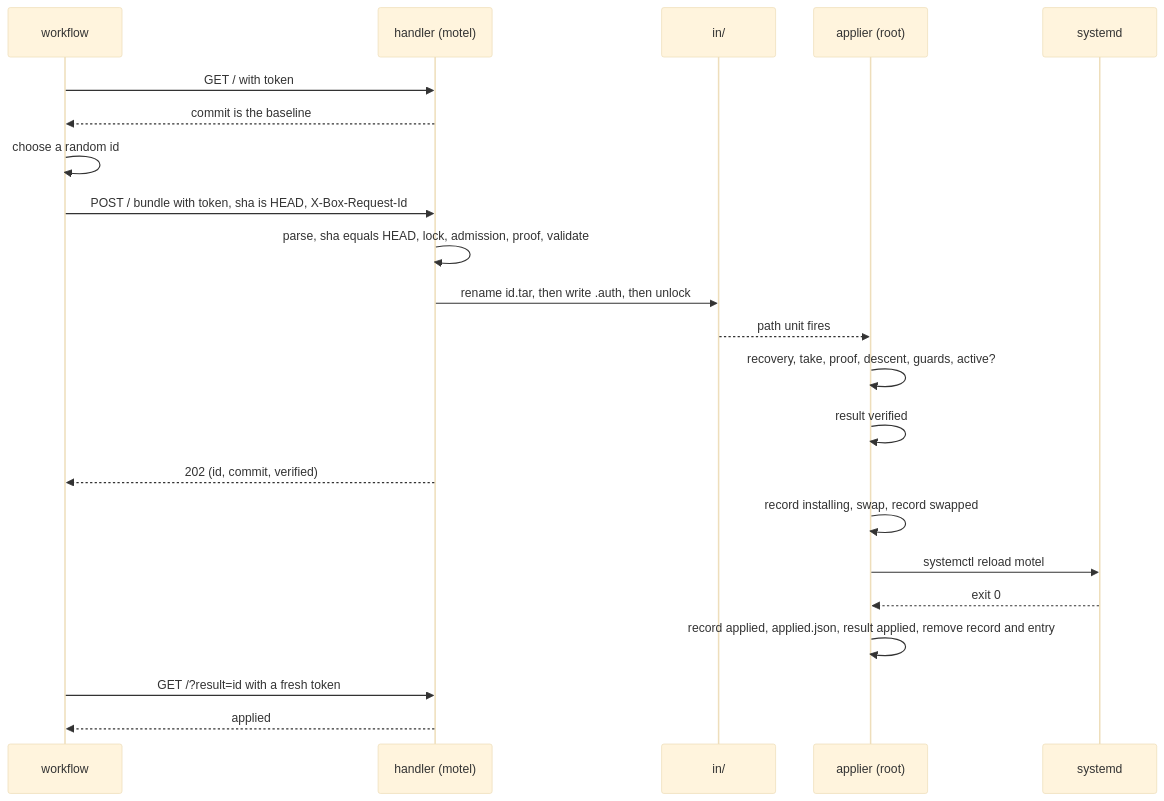
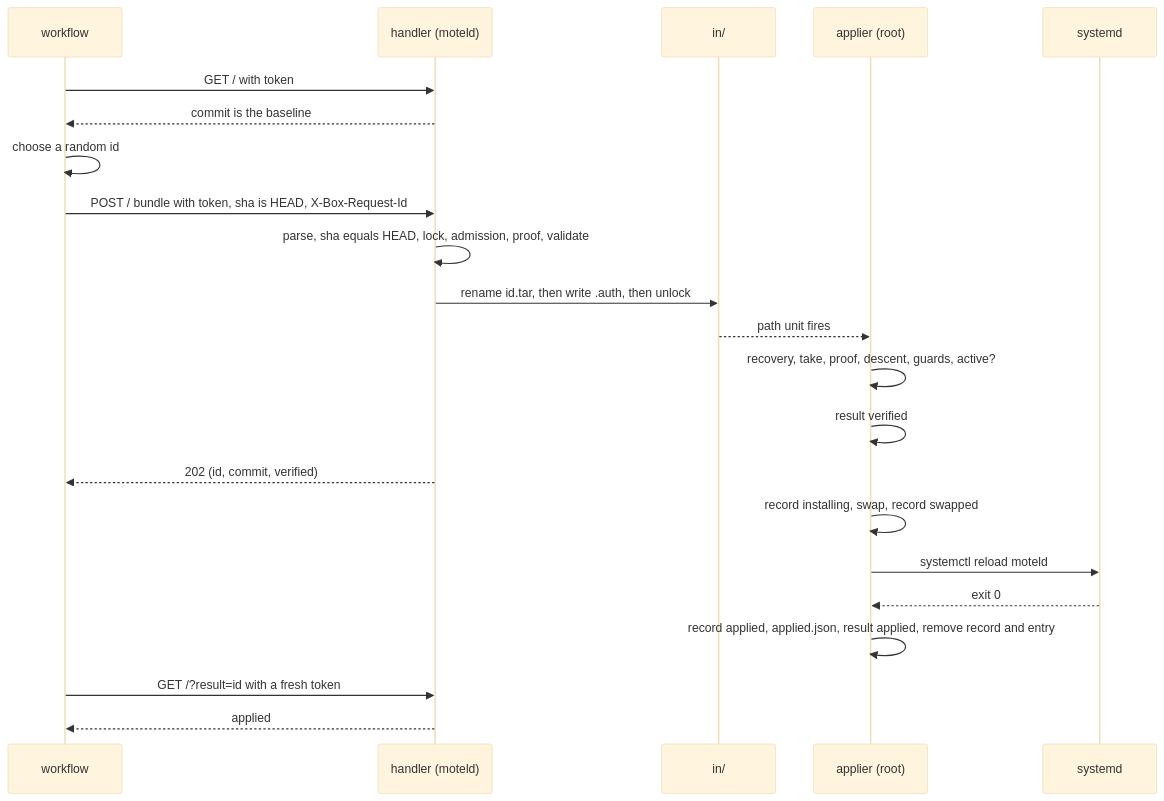
One commit to earthlingdavey/motel changed the second of 4 diagrams in box/DESIGN-box.md. Above: the diagram before and after it, drawn with Mermaid (base theme). The commit also changed other lines of this file and 272 other files, not shown here.

First line of the commit message:
refactor: the server daemon is moteld (binary, unit, package); motel stays the product (#559)

````diff
--- a/box/DESIGN-box.md
+++ b/box/DESIGN-box.md
@@ -2215,24 +2217,24 @@
 ```mermaid
 sequenceDiagram
     participant W as workflow
-    participant H as handler (motel)
+    participant H as handler (moteld)
     participant I as in/
     participant A as applier (root)
     participant S as systemd
     W->>H: GET / with token
     H-->>W: commit is the baseline
     W->>W: choose a random id
     W->>H: POST / bundle with token, sha is HEAD, X-Box-Request-Id
     H->>H: parse, sha equals HEAD, lock, admission, proof, validate
     H->>I: rename id.tar, then write .auth, then unlock
     I-->>A: path unit fires
     A->>A: recovery, take, proof, descent, guards, active?
     A->>A: result verified
     H-->>W: 202 (id, commit, verified)
     A->>A: record installing, swap, record swapped
-    A->>S: systemctl reload motel
+    A->>S: systemctl reload moteld
     S-->>A: exit 0
     A->>A: record applied, applied.json, result applied, remove record and entry
     W->>H: GET /?result=id with a fresh token
     H-->>W: applied
 ```
````
